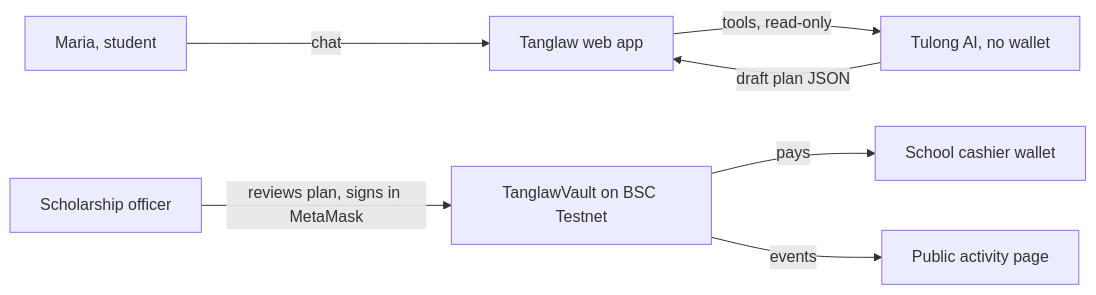
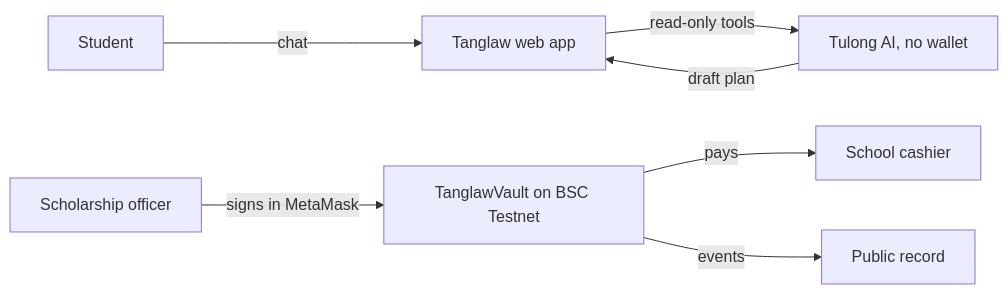
One commit to lyle-leif/Tanglaw changed the diagram in readme.md. Above: the diagram before and after it, drawn with Mermaid. The commit also changed other lines of this file, not shown here.

````diff
--- a/readme.md
+++ b/readme.md
@@ -79,9 +47,9 @@
 ```mermaid
 flowchart LR
-    Maria[Maria, student] -->|chat| App[Tanglaw web app]
-    App -->|tools, read-only| Tulong[Tulong AI, no wallet]
-    Tulong -->|draft plan JSON| App
-    Officer[Scholarship officer] -->|reviews plan, signs in MetaMask| Vault[TanglawVault on BSC Testnet]
-    Vault -->|pays| School[School cashier wallet]
-    Vault -->|events| Public[Public activity page]
+    Maria[Student] -->|chat| App[Tanglaw web app]
+    App -->|read-only tools| Tulong[Tulong AI, no wallet]
+    Tulong -->|draft plan| App
+    Officer[Scholarship officer] -->|signs in MetaMask| Vault[TanglawVault on BSC Testnet]
+    Vault -->|pays| School[School cashier]
+    Vault -->|events| Public[Public record]
 ```
````
